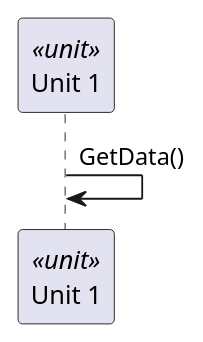
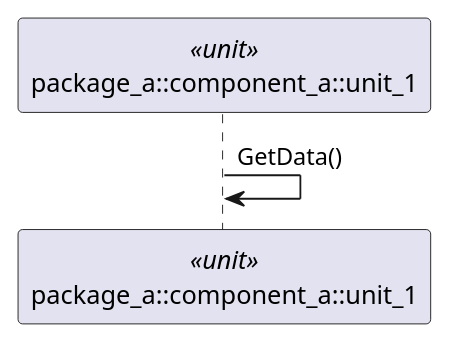
Before and after one commit to eclipse-score/tooling: the diagram in validation/core/integration_test/sequence_internal_api/positive_self_call_method_match/sequence_diagram.puml, drawn with PlantUML. The commit also changed 194 other files, not shown here.

```diff
--- a/validation/core/integration_test/sequence_internal_api/positive_self_call_method_match/sequence_diagram.puml
+++ b/validation/core/integration_test/sequence_internal_api/positive_self_call_method_match/sequence_diagram.puml
@@ -14,7 +14,7 @@
 @startuml sequence_diagram
 
-participant "Unit 1" as unit_1 <<unit>>
+participant "package_a::component_a::unit_1" as unit_1 <<unit>>
 
 unit_1 -> unit_1 : GetData()
 
 @enduml
```
